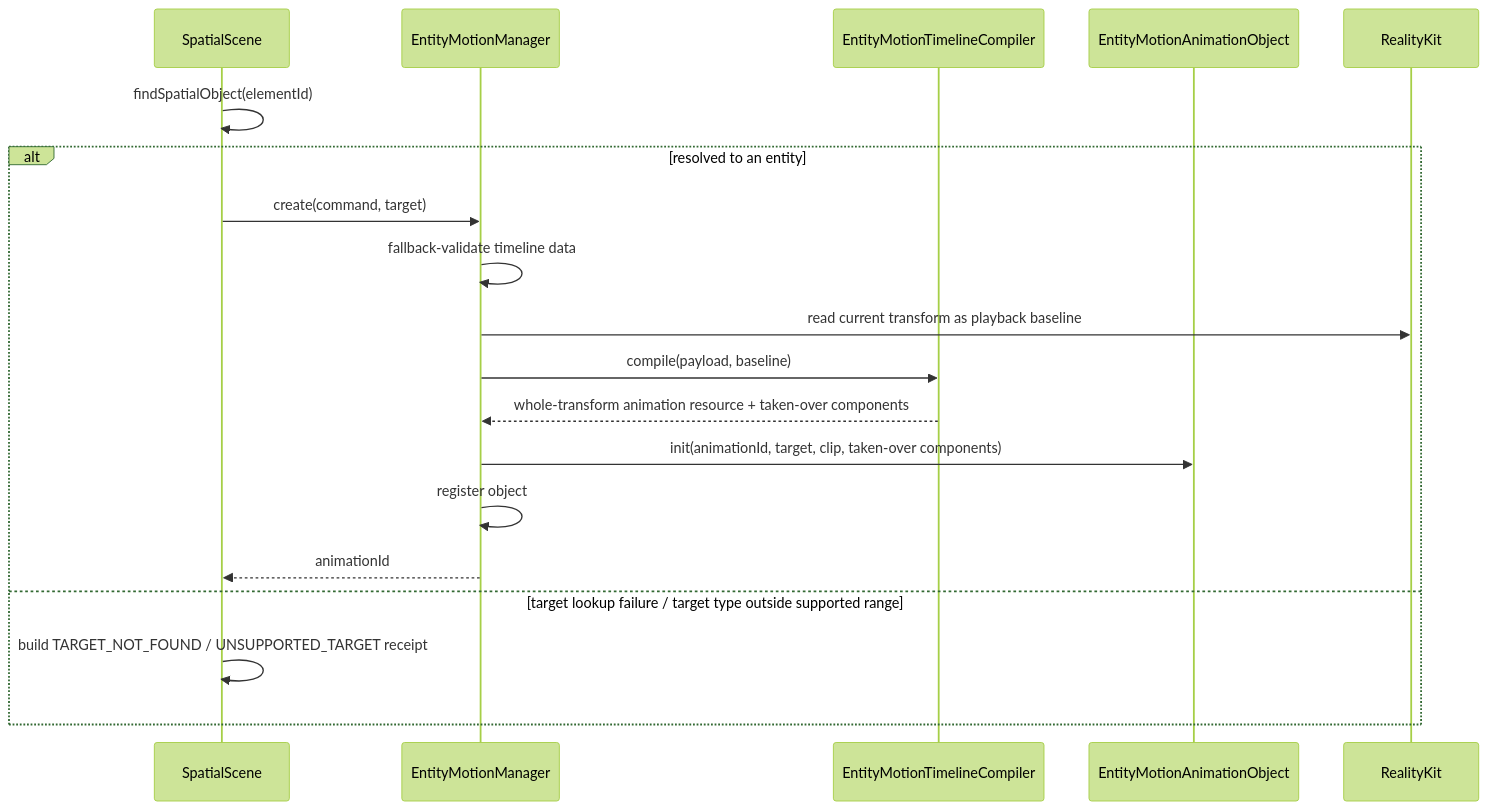
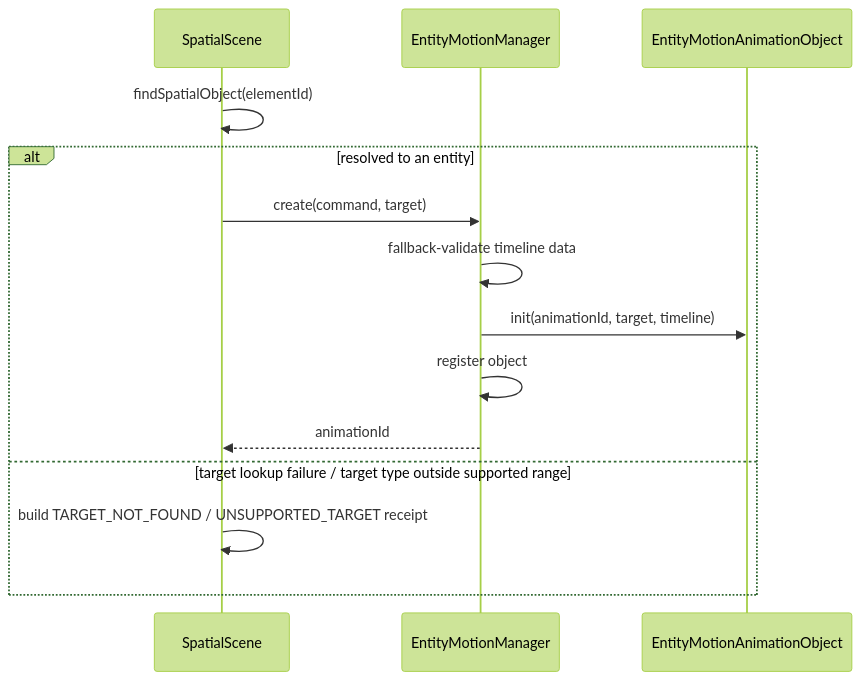
Before and after one commit to webspatial/webspatial-sdk: the tenth of 14 diagrams in openspec/changes/redesign-entity-motion-api/design.md, drawn with Mermaid (forest theme). The commit also changed other lines of this file and 7 other files, not shown here.

````diff
--- a/openspec/changes/redesign-entity-motion-api/design.md
+++ b/openspec/changes/redesign-entity-motion-api/design.md
@@ -900,22 +909,17 @@
 ```mermaid
 sequenceDiagram
     participant Scene as SpatialScene
     participant Manager as EntityMotionManager
-    participant Compiler as EntityMotionTimelineCompiler
     participant Obj as EntityMotionAnimationObject
-    participant RK as RealityKit
 
     Scene->>Scene: findSpatialObject(elementId)
     alt resolved to an entity
         Scene->>Manager: create(command, target)
         Manager->>Manager: fallback-validate timeline data
-        Manager->>RK: read current transform as playback baseline
-        Manager->>Compiler: compile(payload, baseline)
-        Compiler-->>Manager: whole-transform animation resource + taken-over components
-        Manager->>Obj: init(animationId, target, clip, taken-over components)
+        Manager->>Obj: init(animationId, target, timeline)
         Manager->>Manager: register object
         Manager-->>Scene: animationId
     else target lookup failure / target type outside supported range
         Scene->>Scene: build TARGET_NOT_FOUND / UNSUPPORTED_TARGET receipt
     end
 ```
````
